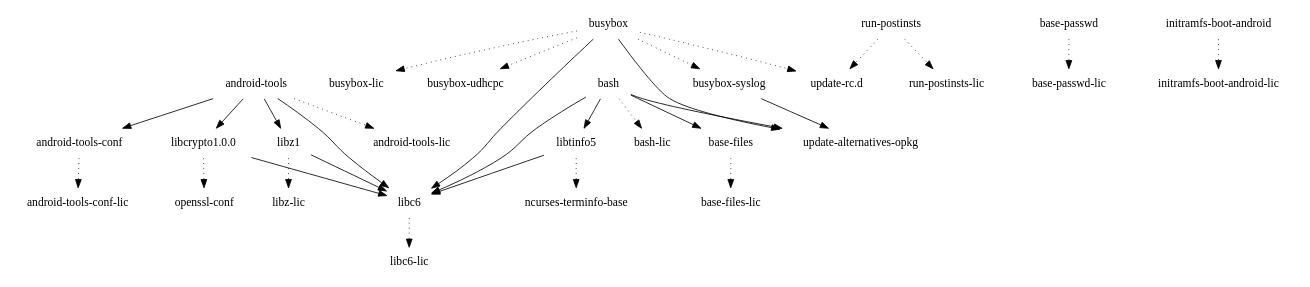
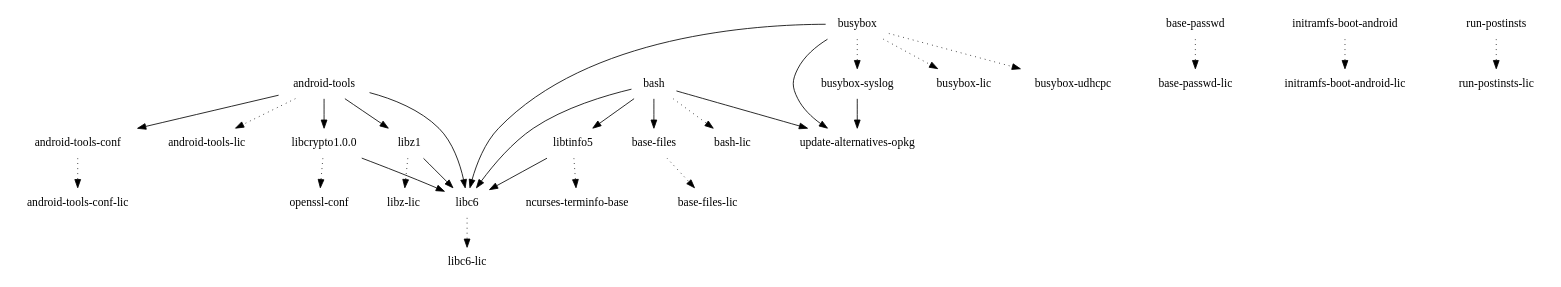
Before and after one commit to webOS-ports/buildhistory: the diagram in images/tenderloin/glibc/initramfs-android-image/depends-nokernel.dot, drawn with Graphviz. The commit also changed 11 other files, not shown here.

```diff
--- a/images/tenderloin/glibc/initramfs-android-image/depends-nokernel.dot
+++ b/images/tenderloin/glibc/initramfs-android-image/depends-nokernel.dot
@@ -1,33 +1,31 @@
 digraph depends {
     node [shape=plaintext]
 "android-tools" -> "android-tools-conf";
 "android-tools" -> "android-tools-lic" [style=dotted];
+"android-tools-conf" -> "android-tools-conf-lic" [style=dotted];
 "android-tools" -> "libc6";
 "android-tools" -> "libcrypto1.0.0";
 "android-tools" -> "libz1";
-"android-tools-conf" -> "android-tools-conf-lic" [style=dotted];
 "base-files" -> "base-files-lic" [style=dotted];
 "base-passwd" -> "base-passwd-lic" [style=dotted];
 "bash" -> "base-files";
 "bash" -> "bash-lic" [style=dotted];
 "bash" -> "libc6";
 "bash" -> "libtinfo5";
 "bash" -> "update-alternatives-opkg";
 "busybox" -> "busybox-lic" [style=dotted];
 "busybox" -> "busybox-syslog" [style=dotted];
 "busybox" -> "busybox-udhcpc" [style=dotted];
 "busybox" -> "libc6";
+"busybox-syslog" -> "update-alternatives-opkg";
 "busybox" -> "update-alternatives-opkg";
-"busybox" -> "update-rc.d" [style=dotted];
-"busybox-syslog" -> "update-alternatives-opkg";
 "initramfs-boot-android" -> "initramfs-boot-android-lic" [style=dotted];
 "libc6" -> "libc6-lic" [style=dotted];
 "libcrypto1.0.0" -> "libc6";
 "libcrypto1.0.0" -> "openssl-conf" [style=dotted];
 "libtinfo5" -> "libc6";
 "libtinfo5" -> "ncurses-terminfo-base" [style=dotted];
 "libz1" -> "libc6";
 "libz1" -> "libz-lic" [style=dotted];
 "run-postinsts" -> "run-postinsts-lic" [style=dotted];
-"run-postinsts" -> "update-rc.d" [style=dotted];
 }
```
